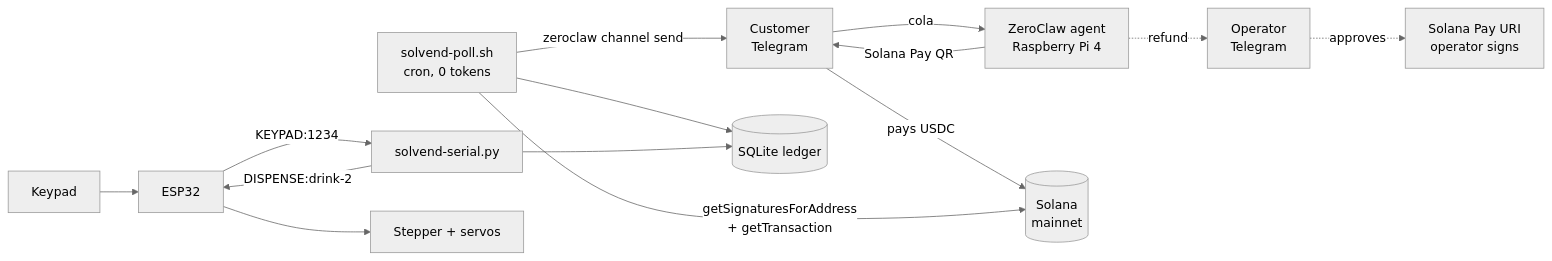
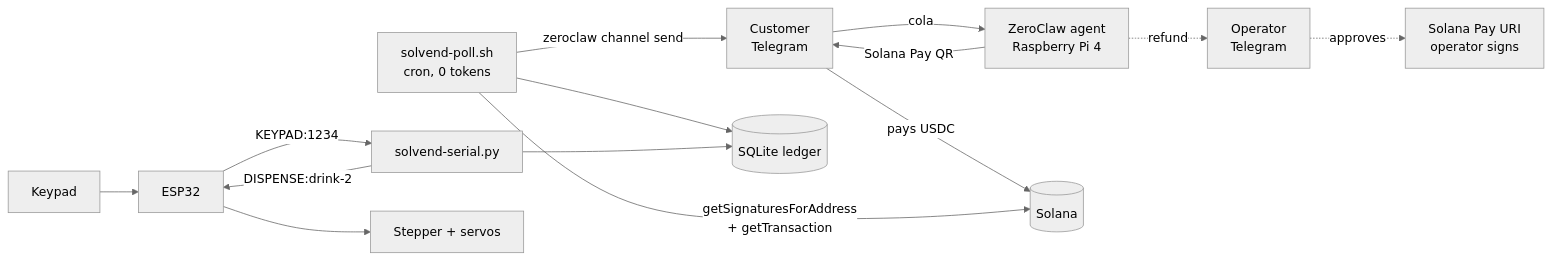
One commit to Yahmad2601/solvend-zeroclaw changed the diagram in README.md. Above: the diagram before and after it, drawn with Mermaid (neutral theme). The commit also changed other lines of this file and 2 other files, not shown here.

````diff
--- a/README.md
+++ b/README.md
@@ -25,16 +29,16 @@
 ```mermaid
 flowchart LR
   C[Customer<br/>Telegram] -->|"cola"| Z[ZeroClaw agent<br/>Raspberry Pi 4]
   Z -->|Solana Pay QR| C
-  C -->|pays USDC| SOL[(Solana<br/>mainnet)]
+  C -->|pays USDC| SOL[(Solana)]
   P[solvend-poll.sh<br/>cron, 0 tokens] -->|getSignaturesForAddress<br/>+ getTransaction| SOL
   P -->|zeroclaw channel send| C
   P --> DB[(SQLite ledger)]
   K[Keypad] --> E[ESP32]
   E -->|KEYPAD:1234| D[solvend-serial.py]
   D --> DB
   D -->|DISPENSE:drink-2| E
   E --> M[Stepper + servos]
   Z -.refund.-> OP[Operator<br/>Telegram]
   OP -.approves.-> URI[Solana Pay URI<br/>operator signs]
 ```
````
